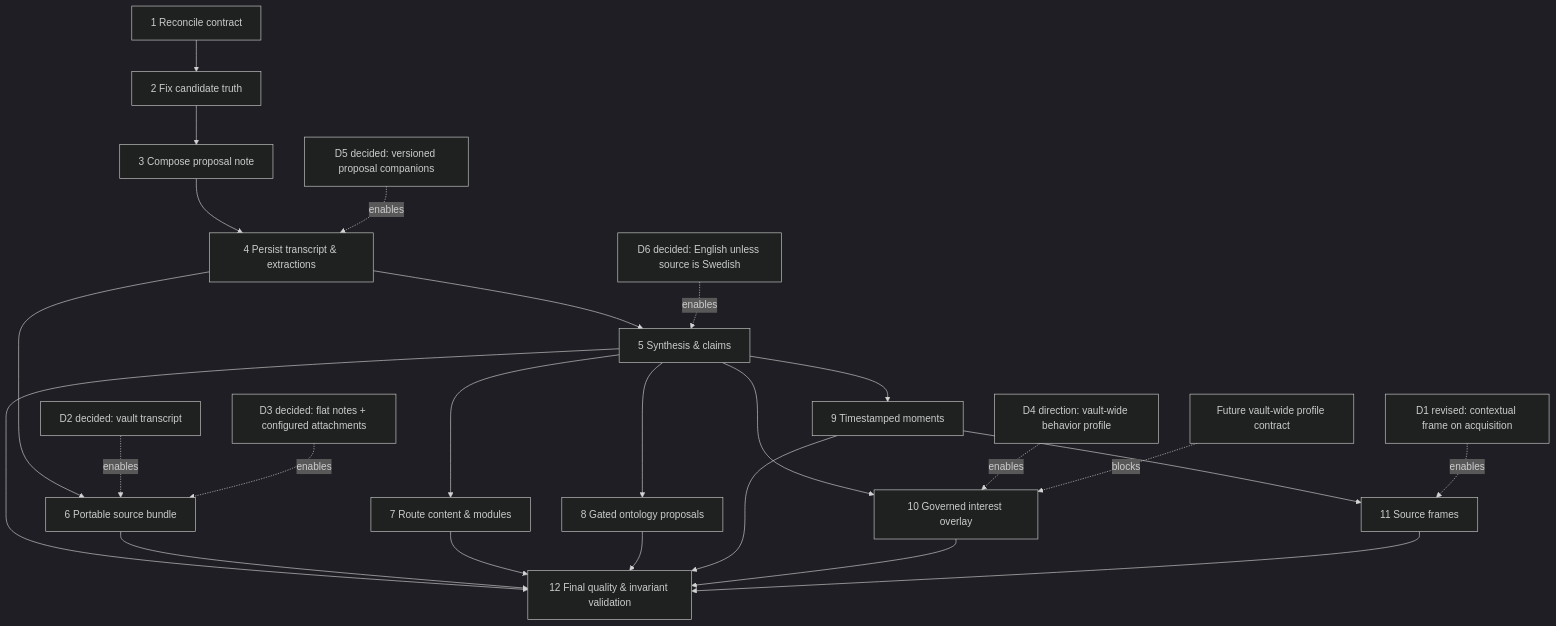
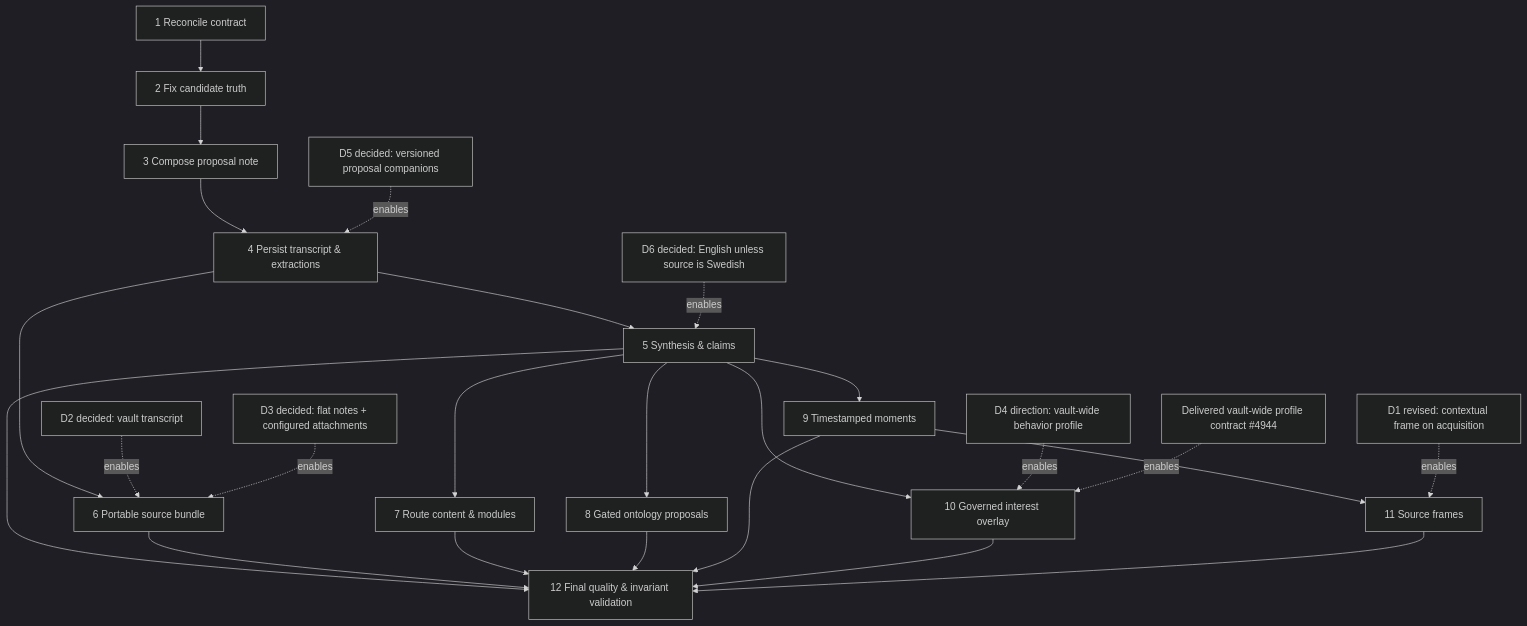
One commit to RasmusTho/agentic-pkm-mvp changed the diagram in docs/YOUTUBE_SOURCE_NOTE_V2/README.md. Above: the diagram before and after it, drawn with Mermaid (dark theme). The commit also changed other lines of this file and 11 other files, not shown here.

````diff
--- a/docs/YOUTUBE_SOURCE_NOTE_V2/README.md
+++ b/docs/YOUTUBE_SOURCE_NOTE_V2/README.md
@@ -42,27 +42,27 @@
 ```mermaid
 flowchart TD
   T1["1 Reconcile contract"] --> T2["2 Fix candidate truth"]
   T2 --> T3["3 Compose proposal note"]
   T3 --> T4["4 Persist transcript & extractions"]
   T4 --> T5["5 Synthesis & claims"]
   T4 --> T6["6 Portable source bundle"]
   T5 --> T7["7 Route content & modules"]
   T5 --> T8["8 Gated ontology proposals"]
   T5 --> T9["9 Timestamped moments"]
   T5 --> T10["10 Governed interest overlay"]
   T9 --> T11["11 Source frames"]
   T5 --> T12["12 Final quality & invariant validation"]
   T6 --> T12
   T7 --> T12
   T8 --> T12
   T9 --> T12
   T10 --> T12
   T11 --> T12
   D1["D1 revised: contextual frame on acquisition"] -. enables .-> T11
   D2["D2 decided: vault transcript"] -. enables .-> T6
   D3["D3 decided: flat notes + configured attachments"] -. enables .-> T6
   D4["D4 direction: vault-wide behavior profile"] -. enables .-> T10
-  V["Future vault-wide profile contract"] -. blocks .-> T10
+  V["Delivered vault-wide profile contract #4944"] -. enables .-> T10
   D5["D5 decided: versioned proposal companions"] -. enables .-> T4
   D6["D6 decided: English unless source is Swedish"] -. enables .-> T5
 ```
````
